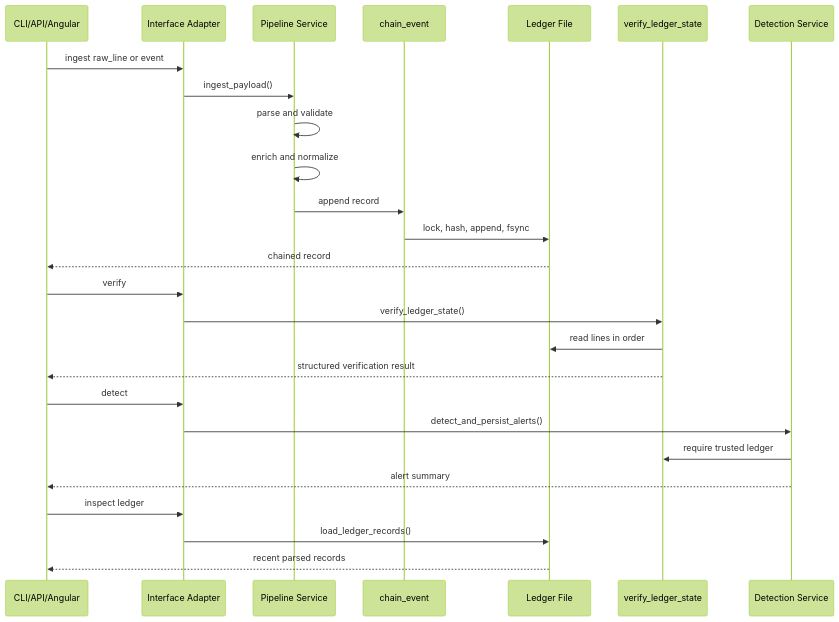
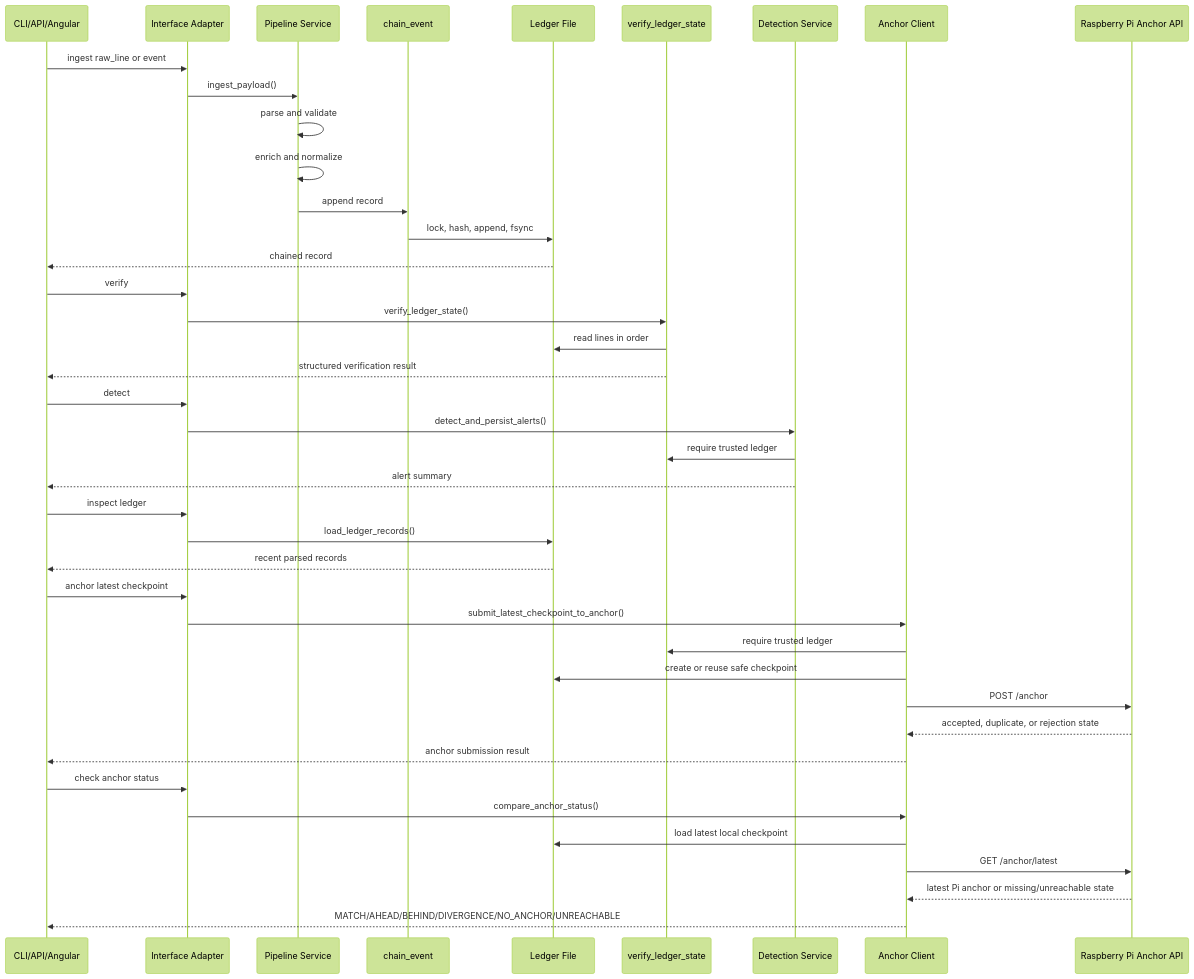
One commit to parthrohit22/kalyx changed the second of 3 diagrams in docs/ARCHITECTURE.md. Above: the diagram before and after it, drawn with Mermaid (forest theme). The commit also changed other lines of this file and 7 other files, not shown here.

````diff
--- a/docs/ARCHITECTURE.md
+++ b/docs/ARCHITECTURE.md
@@ -201,31 +235,49 @@
 ```mermaid
 sequenceDiagram
     participant Client as CLI/API/Angular
     participant API as Interface Adapter
     participant Pipeline as Pipeline Service
     participant Chain as chain_event
     participant Ledger as Ledger File
     participant Verify as verify_ledger_state
     participant Detect as Detection Service
+    participant AnchorClient as Anchor Client
+    participant Pi as Raspberry Pi Anchor API
 
     Client->>API: ingest raw_line or event
     API->>Pipeline: ingest_payload()
     Pipeline->>Pipeline: parse and validate
     Pipeline->>Pipeline: enrich and normalize
     Pipeline->>Chain: append record
     Chain->>Ledger: lock, hash, append, fsync
     Ledger-->>Client: chained record
 
     Client->>API: verify
     API->>Verify: verify_ledger_state()
     Verify->>Ledger: read lines in order
     Verify-->>Client: structured verification result
 
     Client->>API: detect
     API->>Detect: detect_and_persist_alerts()
     Detect->>Verify: require trusted ledger
     Detect-->>Client: alert summary
+
     Client->>API: inspect ledger
     API->>Ledger: load_ledger_records()
     Ledger-->>Client: recent parsed records
+
+    Client->>API: anchor latest checkpoint
+    API->>AnchorClient: submit_latest_checkpoint_to_anchor()
+    AnchorClient->>Verify: require trusted ledger
+    AnchorClient->>Ledger: create or reuse safe checkpoint
+    AnchorClient->>Pi: POST /anchor
+    Pi-->>AnchorClient: accepted, duplicate, or rejection state
+    AnchorClient-->>Client: anchor submission result
+
+    Client->>API: check anchor status
+    API->>AnchorClient: compare_anchor_status()
+    AnchorClient->>Ledger: load latest local checkpoint
+    AnchorClient->>Pi: GET /anchor/latest
+    Pi-->>AnchorClient: latest Pi anchor or missing/unreachable state
+    AnchorClient-->>Client: MATCH/AHEAD/BEHIND/DIVERGENCE/NO_ANCHOR/UNREACHABLE
 ```
````
